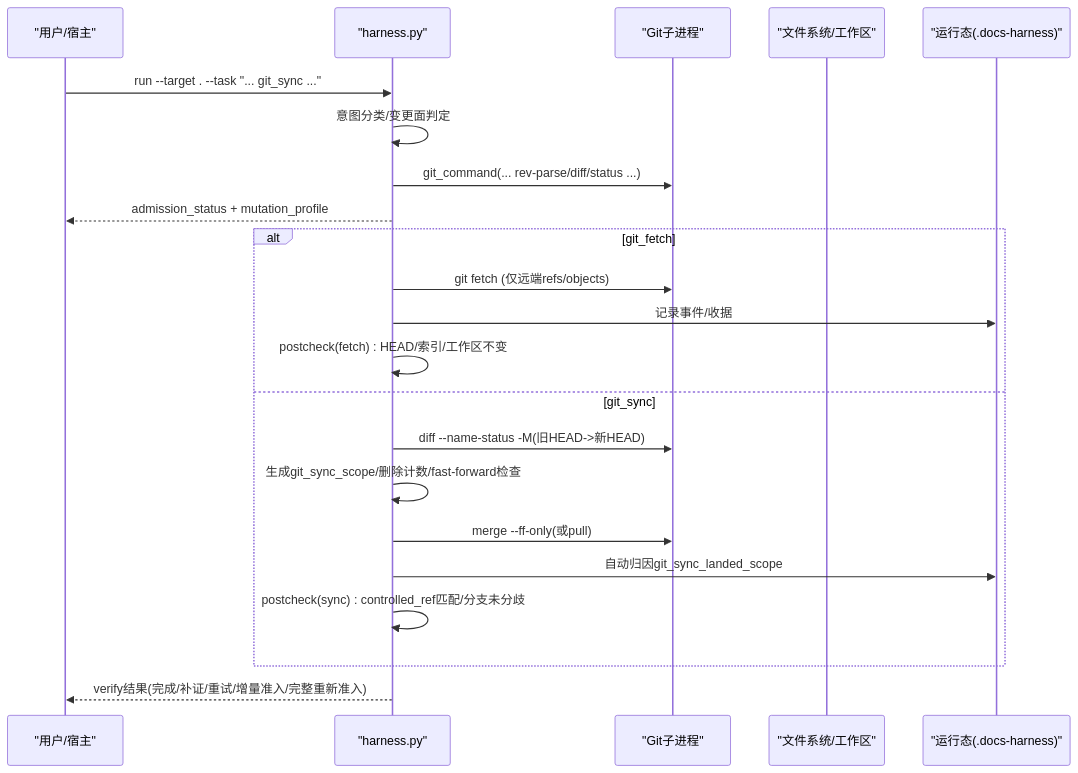
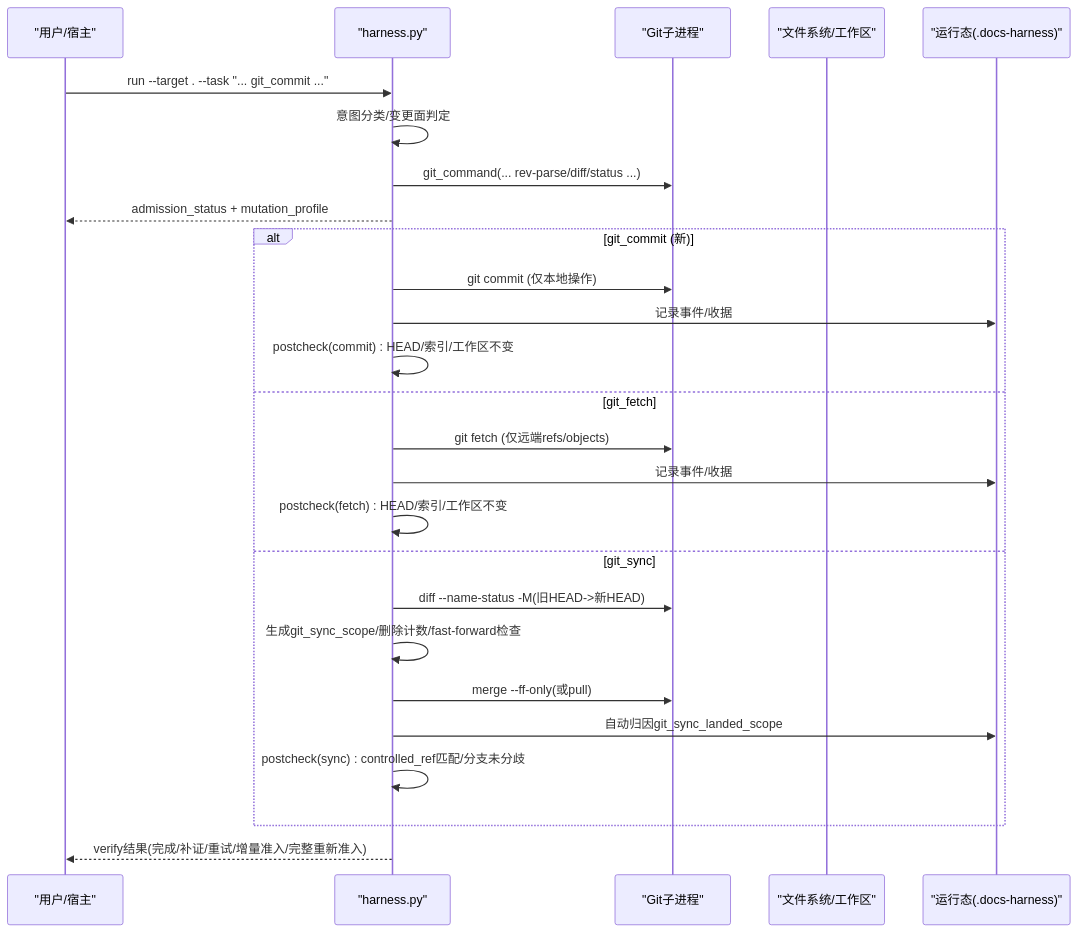
The second of 7 diagrams in .qoder/repowiki/zh/content/Git集成/Git集成.md (HackSing/docs-harness), drawn with Mermaid before and after one commit. The commit also changed other lines of this file and 26 other files, not shown here.

````diff
--- a/.qoder/repowiki/zh/content/Git集成/Git集成.md
+++ b/.qoder/repowiki/zh/content/Git集成/Git集成.md
@@ -78,24 +91,28 @@
 ```mermaid
 sequenceDiagram
 participant U as "用户/宿主"
 participant CLI as "harness.py"
 participant GIT as "Git子进程"
 participant FS as "文件系统/工作区"
 participant RT as "运行态(.docs-harness)"
-U->>CLI : run --target . --task "... git_sync ..."
+U->>CLI : run --target . --task "... git_commit ..."
 CLI->>CLI : 意图分类/变更面判定
 CLI->>GIT : git_command(... rev-parse/diff/status ...)
 CLI-->>U : admission_status + mutation_profile
-alt git_fetch
+alt git_commit (新)
+CLI->>GIT : git commit (仅本地操作)
+CLI->>RT : 记录事件/收据
+CLI->>CLI : postcheck(commit) : HEAD/索引/工作区不变
+else git_fetch
 CLI->>GIT : git fetch (仅远端refs/objects)
 CLI->>RT : 记录事件/收据
 CLI->>CLI : postcheck(fetch) : HEAD/索引/工作区不变
 else git_sync
 CLI->>GIT : diff --name-status -M(旧HEAD->新HEAD)
 CLI->>CLI : 生成git_sync_scope/删除计数/fast-forward检查
 CLI->>GIT : merge --ff-only(或pull)
 CLI->>RT : 自动归因git_sync_landed_scope
 CLI->>CLI : postcheck(sync) : controlled_ref匹配/分支未分歧
 end
 CLI-->>U : verify结果(完成/补证/重试/增量准入/完整重新准入)
 ```
````
